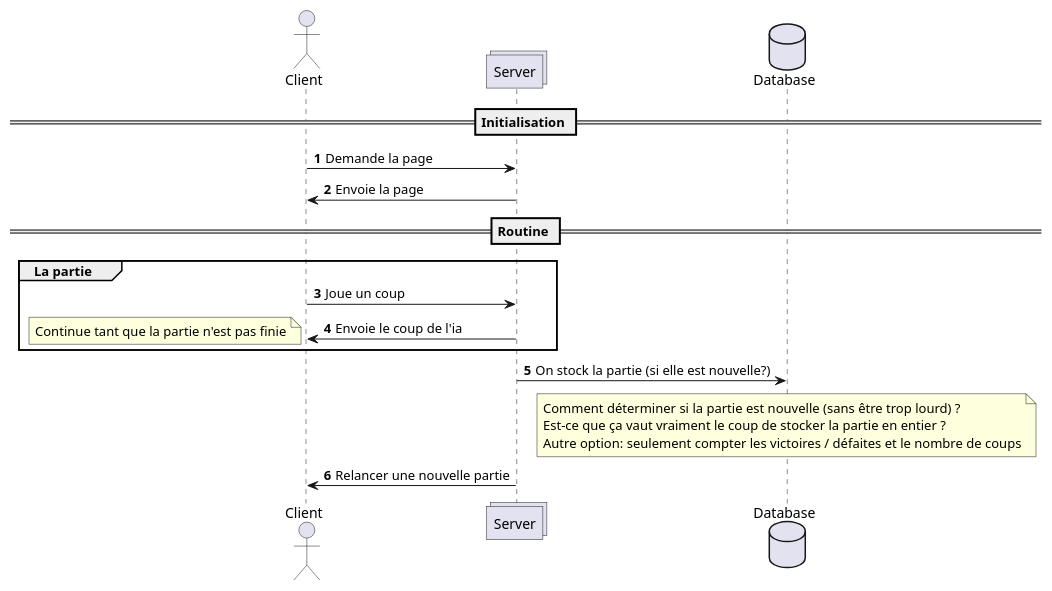
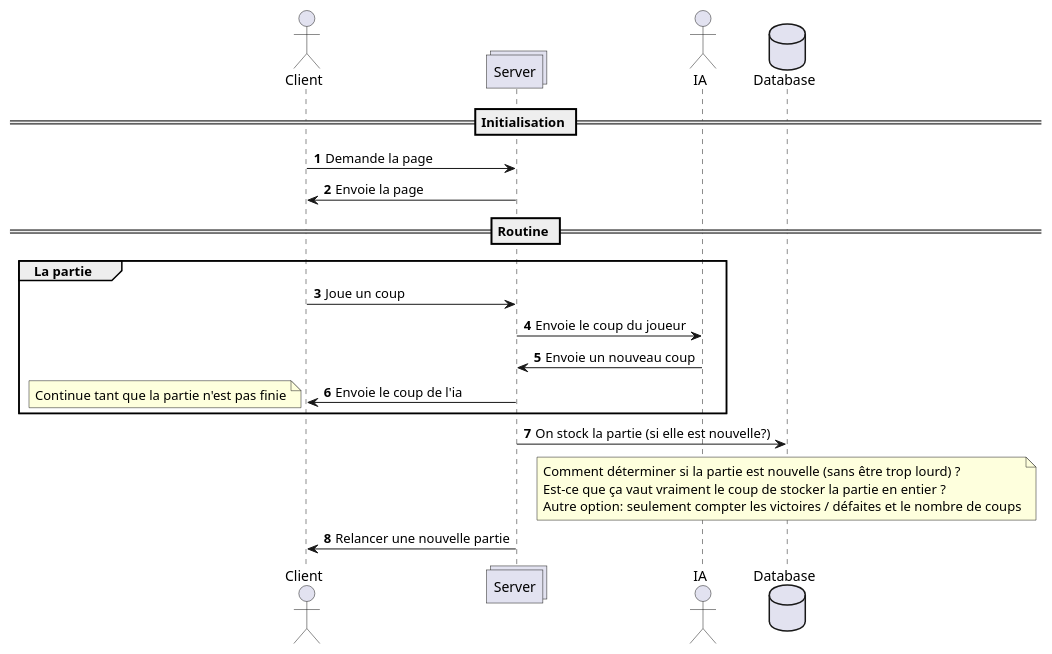
One commit to Lukyrouge3/travail_maturite changed the diagram in Documents/Concept_base.puml. Above: the diagram before and after it, drawn with PlantUML. The commit also changed 9 other files, not shown here.

```diff
--- a/Documents/Concept_base.puml
+++ b/Documents/Concept_base.puml
@@ -1,28 +1,31 @@
 @startuml
 autonumber
 actor Client
 collections Server
+actor IA
 database Database
 
 == Initialisation ==
 
 Client -> Server : Demande la page
 Server -> Client : Envoie la page
 
 == Routine ==
 
 group La partie
     Client -> Server : Joue un coup
+    Server -> IA : Envoie le coup du joueur
+    IA -> Server : Envoie un nouveau coup
     Server -> Client : Envoie le coup de l'ia
     note left: Continue tant que la partie n'est pas finie
 end
 
 Server -> Database : On stock la partie (si elle est nouvelle?)
 note over Database
 Comment déterminer si la partie est nouvelle (sans être trop lourd) ?
 Est-ce que ça vaut vraiment le coup de stocker la partie en entier ?
 Autre option: seulement compter les victoires / défaites et le nombre de coups
 end note
 
 Server -> Client : Relancer une nouvelle partie
 @enduml
```
